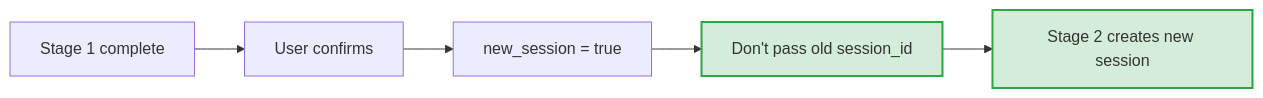
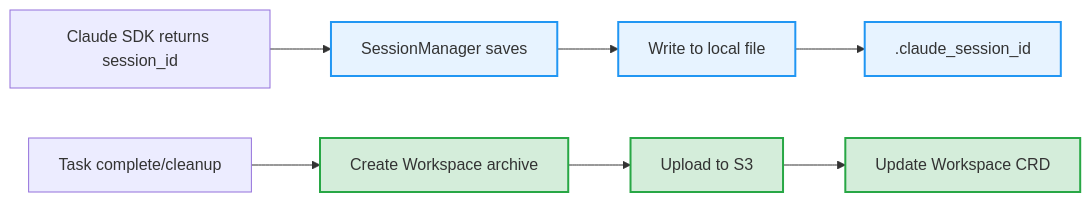
One commit to wecode-ai/Wegent changed the eighth of 9 diagrams in docs/en/features/task-restore.md. Above: the diagram before and after it, drawn with Mermaid. The commit also changed other lines of this file and 6 other files, not shown here.

````diff
--- a/docs/en/features/task-restore.md
+++ b/docs/en/features/task-restore.md
@@ -190,9 +400,13 @@
 ```mermaid
 flowchart LR
-    A[Stage 1 complete] --> B[User confirms]
-    B --> C[new_session = true]
-    C --> D[Don't pass old session_id]:::new
-    D --> E[Stage 2 creates new session]:::new
+    A[Claude SDK returns session_id] --> B[SessionManager saves]:::existing
+    B --> C[Write to local file]:::existing
+    C --> D[.claude_session_id]:::existing
 
+    E[Task complete/cleanup] --> F[Create Workspace archive]:::new
+    F --> G[Upload to S3]:::new
+    G --> H[Update Workspace CRD]:::new
+
+    classDef existing fill:#e7f3ff,stroke:#2196f3,stroke-width:2px
     classDef new fill:#d4edda,stroke:#28a745,stroke-width:2px
 ```
````
